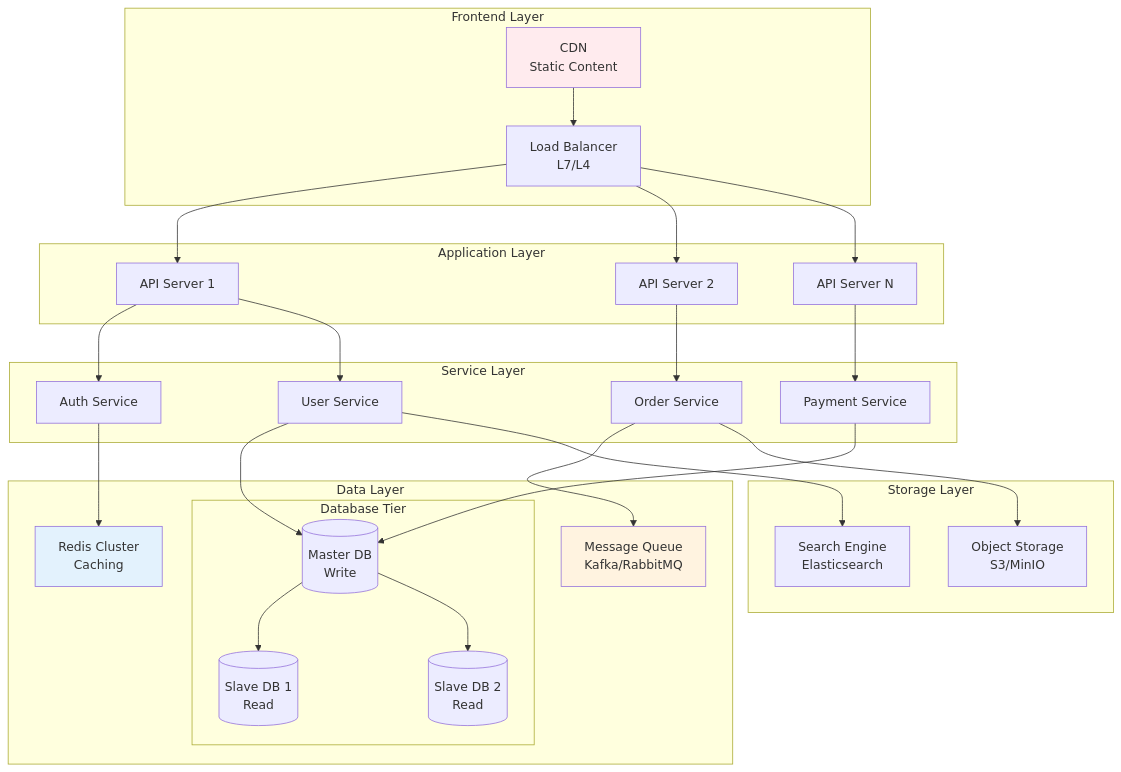
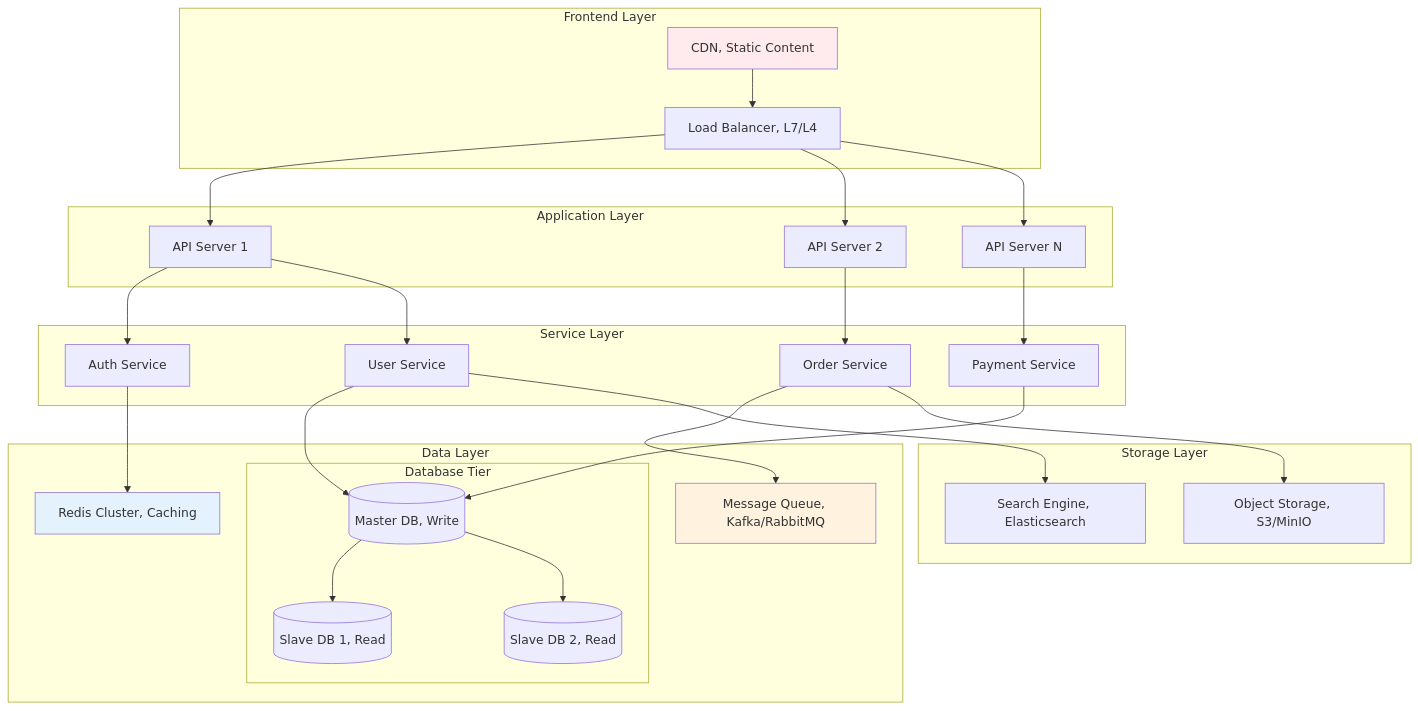
The fifth of 5 diagrams in docs/cs/guide/chapter-16-system-design-patterns/index.md (choru-k/choru-wiki), drawn with Mermaid before and after one commit. The commit also changed other lines of this file and 26 other files, not shown here.

````diff
--- a/docs/cs/guide/chapter-16-system-design-patterns/index.md
+++ b/docs/cs/guide/chapter-16-system-design-patterns/index.md
@@ -785,61 +785,61 @@
 ```mermaid
 graph TB
     subgraph "Frontend Layer"
-        CDN[CDN<br/>Static Content]
-        LB1[Load Balancer<br/>L7/L4]
+        CDN[CDN, Static Content]
+        LB1[Load Balancer, L7/L4]
     end
     
     subgraph "Application Layer"
         API1[API Server 1]
         API2[API Server 2]
         API3[API Server N]
     end
     
     subgraph "Service Layer"
         Auth[Auth Service]
         User[User Service]
         Order[Order Service]
         Payment[Payment Service]
     end
     
     subgraph "Data Layer"
-        Cache[Redis Cluster<br/>Caching]
-        MQ[Message Queue<br/>Kafka/RabbitMQ]
+        Cache[Redis Cluster, Caching]
+        MQ[Message Queue, Kafka/RabbitMQ]
         
         subgraph "Database Tier"
-            Master[(Master DB<br/>Write)]
-            Slave1[(Slave DB 1<br/>Read)]
-            Slave2[(Slave DB 2<br/>Read)]
+            Master[(Master DB, Write)]
+            Slave1[(Slave DB 1, Read)]
+            Slave2[(Slave DB 2, Read)]
         end
     end
     
     subgraph "Storage Layer"
-        FileStorage[Object Storage<br/>S3/MinIO]
-        Search[Search Engine<br/>Elasticsearch]
+        FileStorage[Object Storage, S3/MinIO]
+        Search[Search Engine, Elasticsearch]
     end
     
     CDN --> LB1
     LB1 --> API1
     LB1 --> API2
     LB1 --> API3
     
     API1 --> Auth
     API1 --> User
     API2 --> Order
     API3 --> Payment
     
     Auth --> Cache
     User --> Master
     Order --> MQ
     Payment --> Master
     
     Master --> Slave1
     Master --> Slave2
     
     Order --> FileStorage
     User --> Search
     
     style CDN fill:#ffebee
     style Cache fill:#e3f2fd
     style MQ fill:#fff3e0
 ```
````
